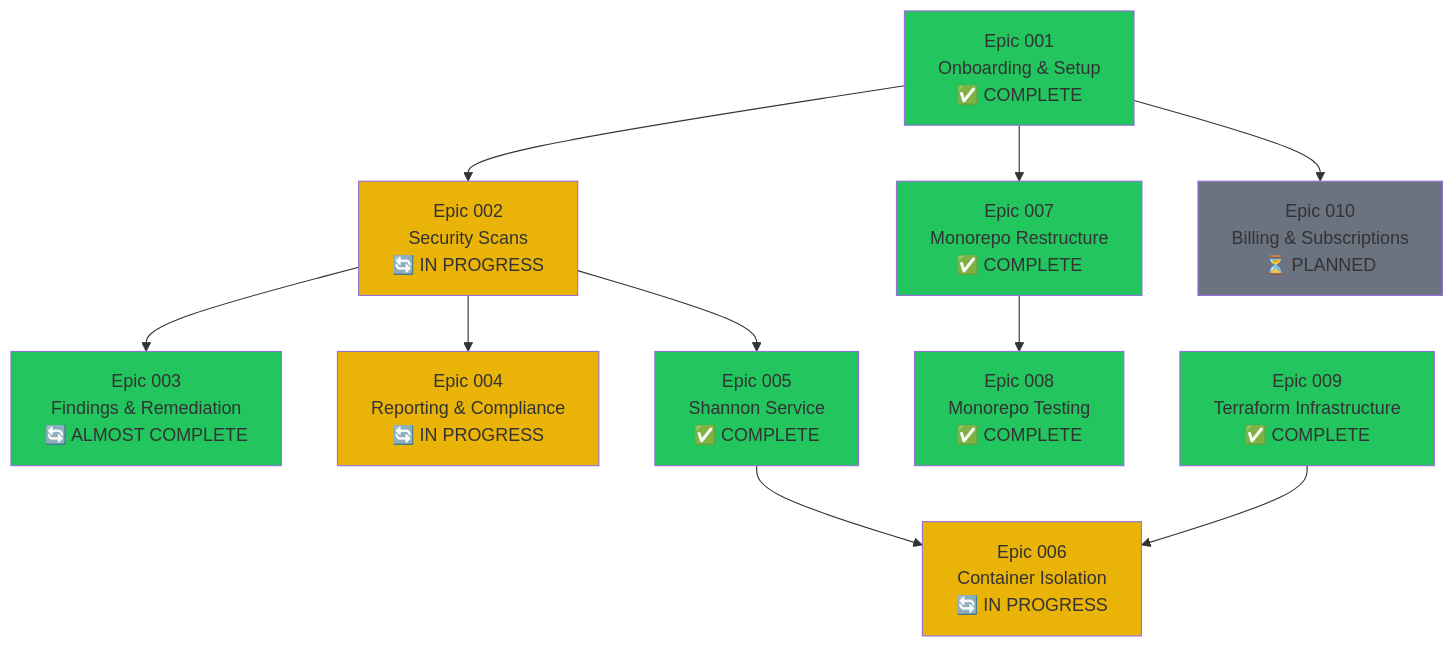
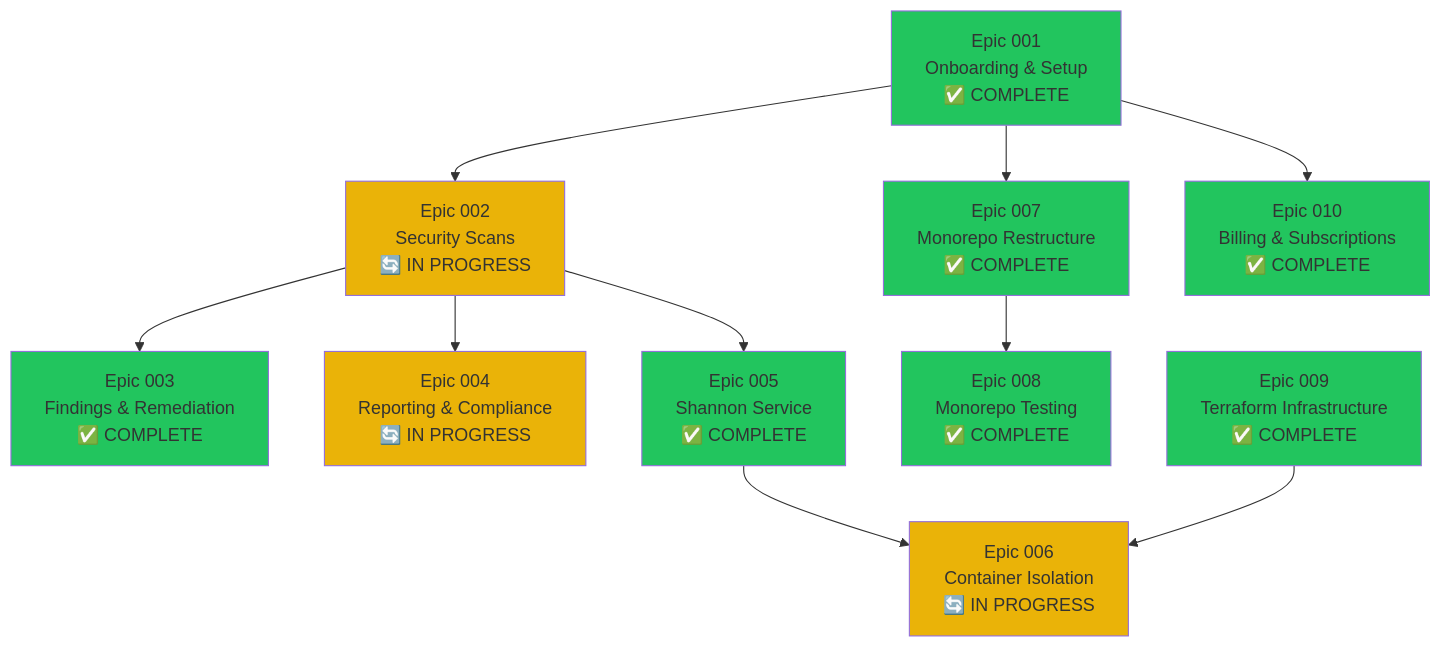
One commit to Dumorro/shannon changed diagram 12 of 13 in .doc/saas/architecture.md. Above: the diagram before and after it, drawn with Mermaid. The commit also changed other lines of this file and 2 other files, not shown here.

````diff
--- a/.doc/saas/architecture.md
+++ b/.doc/saas/architecture.md
@@ -593,34 +629,34 @@
 ```mermaid
 graph TD
     E001["Epic 001<br/>Onboarding & Setup<br/>✅ COMPLETE"]
     E002["Epic 002<br/>Security Scans<br/>🔄 IN PROGRESS"]
-    E003["Epic 003<br/>Findings & Remediation<br/>🔄 ALMOST COMPLETE"]
+    E003["Epic 003<br/>Findings & Remediation<br/>✅ COMPLETE"]
     E004["Epic 004<br/>Reporting & Compliance<br/>🔄 IN PROGRESS"]
     E005["Epic 005<br/>Shannon Service<br/>✅ COMPLETE"]
     E006["Epic 006<br/>Container Isolation<br/>🔄 IN PROGRESS"]
     E007["Epic 007<br/>Monorepo Restructure<br/>✅ COMPLETE"]
     E008["Epic 008<br/>Monorepo Testing<br/>✅ COMPLETE"]
     E009["Epic 009<br/>Terraform Infrastructure<br/>✅ COMPLETE"]
-    E010["Epic 010<br/>Billing & Subscriptions<br/>⏳ PLANNED"]
+    E010["Epic 010<br/>Billing & Subscriptions<br/>✅ COMPLETE"]
 
     E001 --> E002
     E002 --> E003
     E002 --> E004
     E002 --> E005
     E005 --> E006
     E001 --> E007
     E007 --> E008
     E009 --> E006
     E001 --> E010
 
     style E001 fill:#22c55e
     style E002 fill:#eab308
     style E003 fill:#22c55e
     style E004 fill:#eab308
     style E005 fill:#22c55e
     style E006 fill:#eab308
     style E007 fill:#22c55e
     style E008 fill:#22c55e
     style E009 fill:#22c55e
-    style E010 fill:#6b7280
+    style E010 fill:#22c55e
 ```
````
